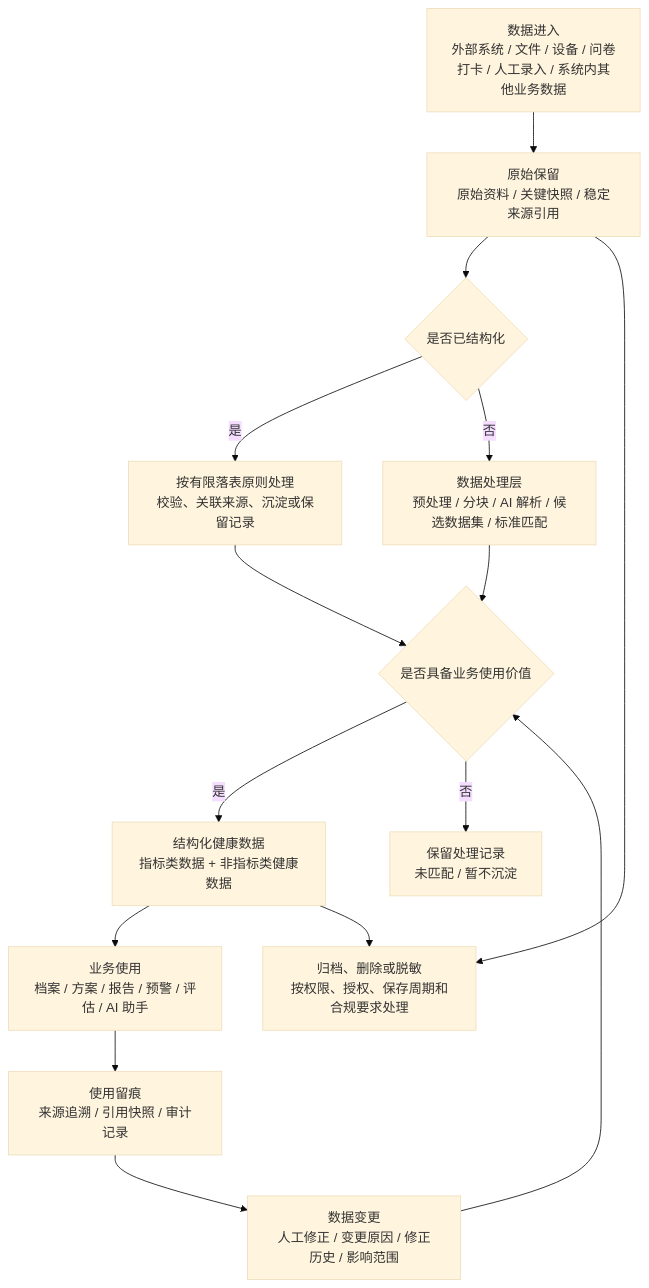
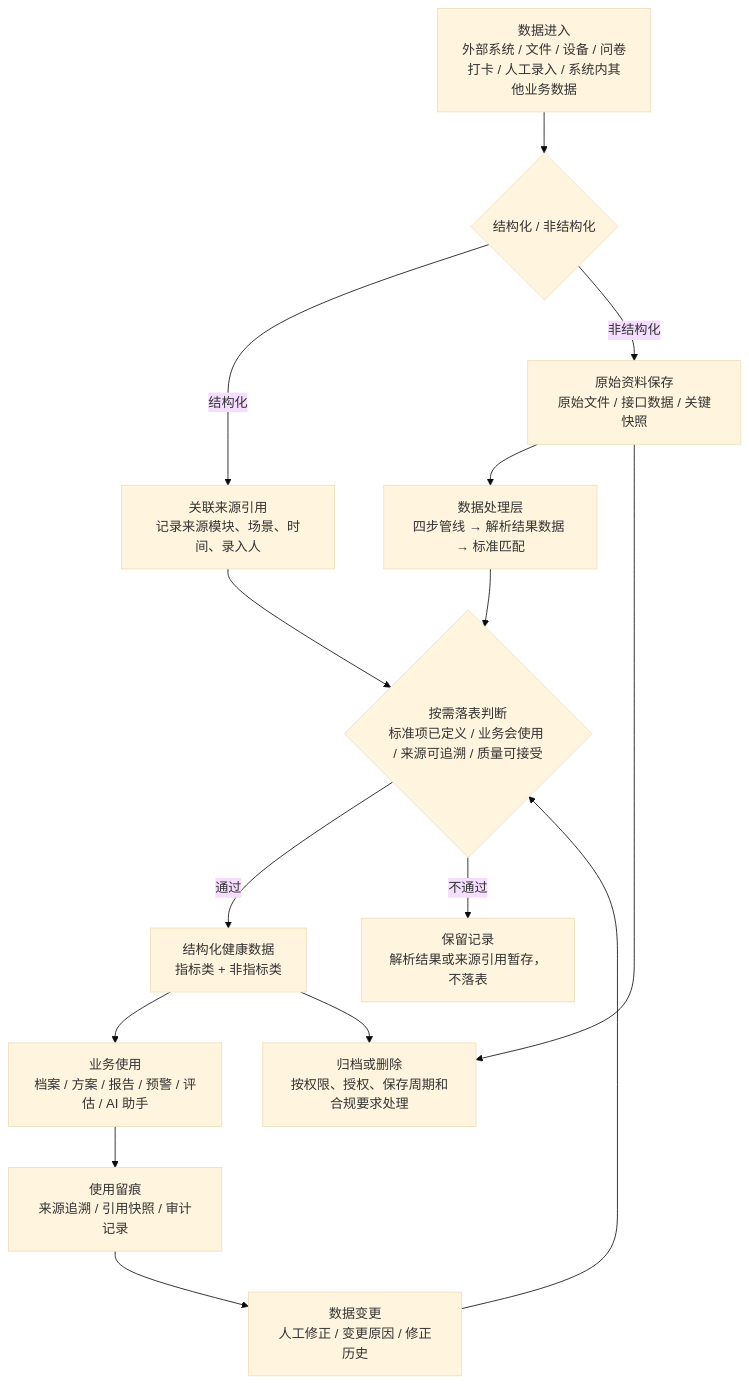
One commit to luxinsan/aihmp_b_demo changed the first of 3 diagrams in docs/product-planning/health-data-center-product-solutions.md. Above: the diagram before and after it, drawn with Mermaid (base theme). The commit also changed other lines of this file and 3 other files, not shown here.

````diff
--- a/docs/product-planning/health-data-center-product-solutions.md
+++ b/docs/product-planning/health-data-center-product-solutions.md
@@ -50,17 +85,17 @@
 ```mermaid
 flowchart TD
-    A["数据进入<br/>外部系统 / 文件 / 设备 / 问卷打卡 / 人工录入 / 系统内其他业务数据"] --> B["原始保留<br/>原始资料 / 关键快照 / 稳定来源引用"]
-    B --> C{"是否已结构化"}
-    C -- "是" --> D["按有限落表原则处理<br/>校验、关联来源、沉淀或保留记录"]
-    C -- "否" --> E["数据处理层<br/>预处理 / 分块 / AI 解析 / 候选数据集 / 标准匹配"]
-    D --> F{"是否具备业务使用价值"}
-    E --> F
-    F -- "是" --> G["结构化健康数据<br/>指标类数据 + 非指标类健康数据"]
-    F -- "否" --> H["保留处理记录<br/>未匹配 / 暂不沉淀"]
+    A["数据进入<br/>外部系统 / 文件 / 设备 / 问卷打卡 / 人工录入 / 系统内其他业务数据"] --> B{"结构化 / 非结构化"}
+    B -- "结构化" --> C["关联来源引用<br/>记录来源模块、场景、时间、录入人"]
+    C --> D{"按需落表判断<br/>标准项已定义 / 业务会使用 / 来源可追溯 / 质量可接受"}
+    B -- "非结构化" --> E["原始资料保存<br/>原始文件 / 接口数据 / 关键快照"]
+    E --> F["数据处理层<br/>四步管线 → 解析结果数据 → 标准匹配"]
+    F --> D
+    D -- "通过" --> G["结构化健康数据<br/>指标类 + 非指标类"]
+    D -- "不通过" --> H["保留记录<br/>解析结果或来源引用暂存，不落表"]
     G --> I["业务使用<br/>档案 / 方案 / 报告 / 预警 / 评估 / AI 助手"]
     I --> J["使用留痕<br/>来源追溯 / 引用快照 / 审计记录"]
-    J --> K["数据变更<br/>人工修正 / 变更原因 / 修正历史 / 影响范围"]
-    K --> F
-    B --> L["归档、删除或脱敏<br/>按权限、授权、保存周期和合规要求处理"]
+    J --> K["数据变更<br/>人工修正 / 变更原因 / 修正历史"]
+    K --> D
+    E --> L["归档或删除<br/>按权限、授权、保存周期和合规要求处理"]
     G --> L
 ```
````
